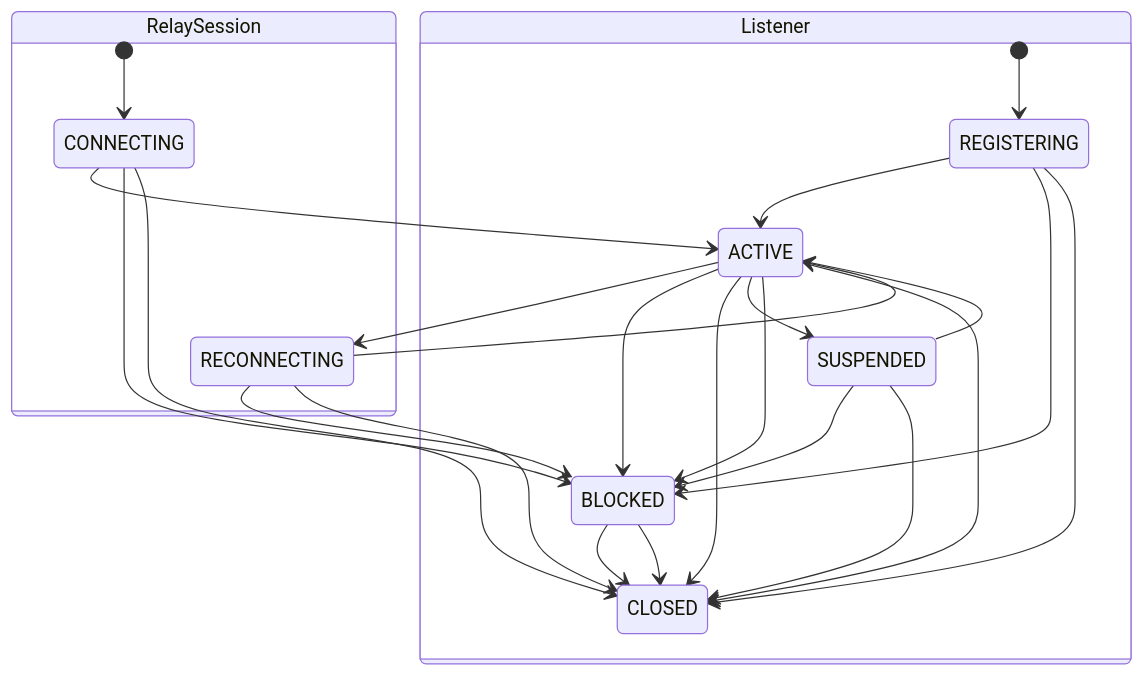
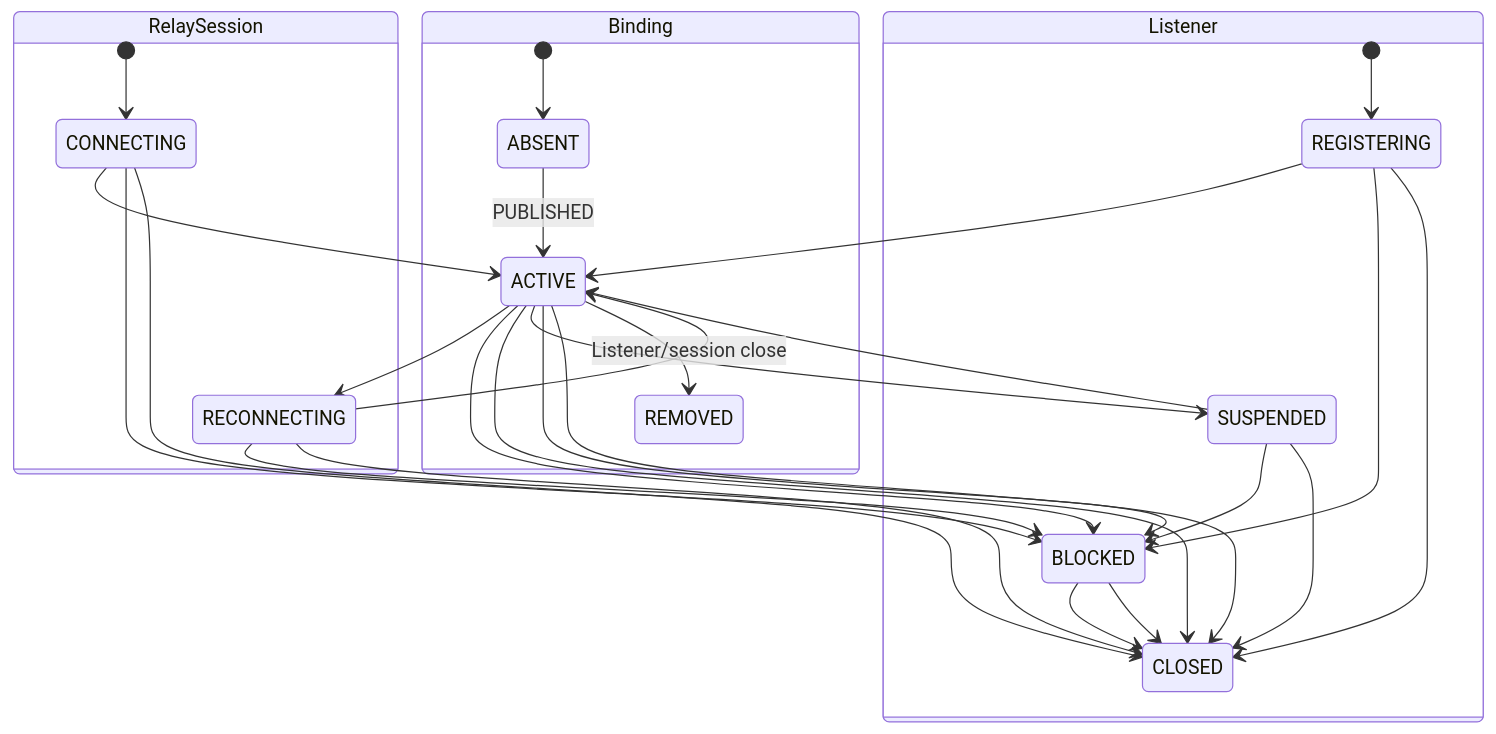
The first of 3 diagrams in docs/spec/007-error-and-state-model.md (cagojeiger/relaygate), drawn with Mermaid before and after one commit. The commit also changed other lines of this file and 2 other files, not shown here.

Commit message:
docs: restore canonical state and metric details

````diff
--- a/docs/spec/007-error-and-state-model.md
+++ b/docs/spec/007-error-and-state-model.md
@@ -24,29 +24,34 @@
 ```mermaid
 stateDiagram-v2
     state RelaySession {
         [*] --> CONNECTING
         CONNECTING --> ACTIVE
         ACTIVE --> RECONNECTING
         RECONNECTING --> ACTIVE
         CONNECTING --> BLOCKED
         ACTIVE --> BLOCKED
         RECONNECTING --> BLOCKED
         CONNECTING --> CLOSED
         ACTIVE --> CLOSED
         RECONNECTING --> CLOSED
         BLOCKED --> CLOSED
     }
     state Listener {
         [*] --> REGISTERING
         REGISTERING --> ACTIVE
         REGISTERING --> BLOCKED
         REGISTERING --> CLOSED
         ACTIVE --> SUSPENDED
         SUSPENDED --> ACTIVE
         ACTIVE --> BLOCKED
         SUSPENDED --> BLOCKED
         ACTIVE --> CLOSED
         SUSPENDED --> CLOSED
         BLOCKED --> CLOSED
     }
+    state Binding {
+        [*] --> ABSENT
+        ABSENT --> ACTIVE: PUBLISHED
+        ACTIVE --> REMOVED: Listener/session close
+    }
 ```
````
